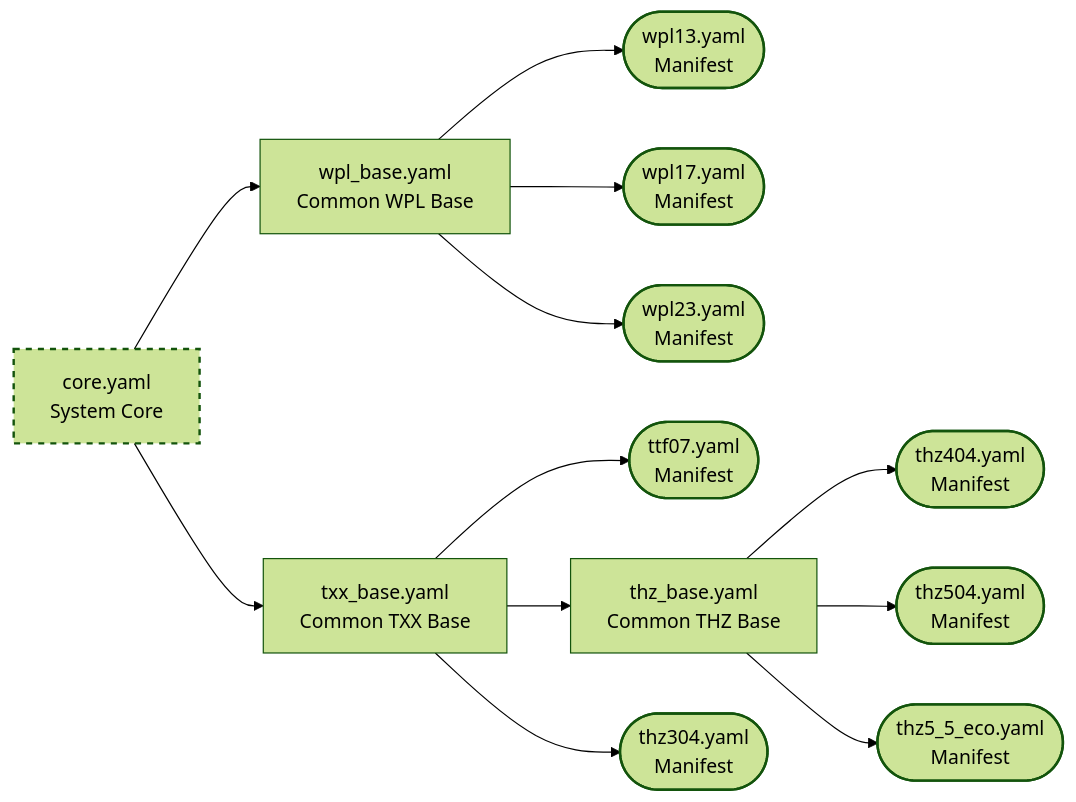
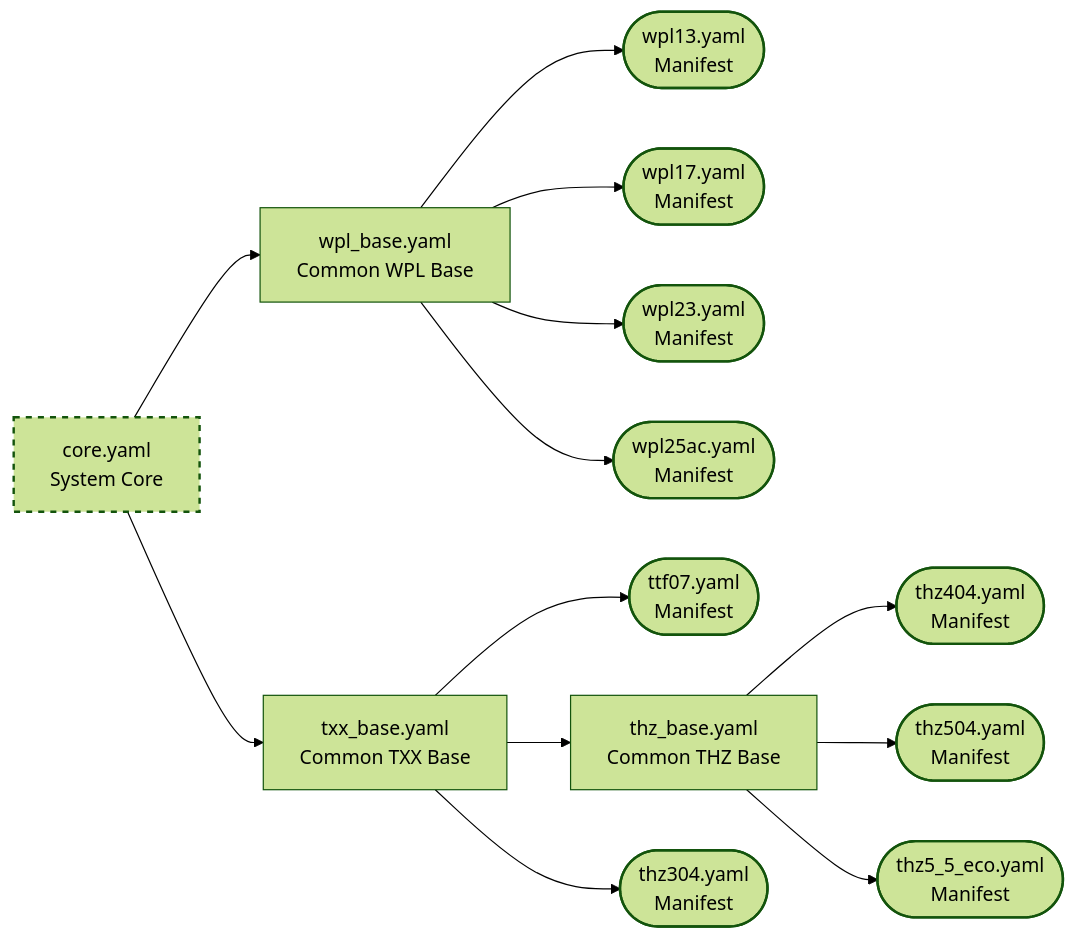
Before and after one commit to kr0ner/OneESP32ToRuleThemAll: the diagram in README.md, drawn with Mermaid (forest theme). The commit also changed 5 other files, not shown here.

```diff
--- a/README.md
+++ b/README.md
@@ -121,27 +121,29 @@
 ~~~mermaid
 flowchart LR
     core[core.yaml<br>System Core] --> wpl_base[wpl_base.yaml<br>Common WPL Base]
     core --> txx[txx_base.yaml<br>Common TXX Base]
 
     wpl_base --> wpl13([wpl13.yaml<br>Manifest])
     wpl_base --> wpl17([wpl17.yaml<br>Manifest])
     wpl_base --> wpl23([wpl23.yaml<br>Manifest])
+    wpl_base --> wpl25ac([wpl25ac.yaml<br>Manifest])
 
     txx --> ttf07([ttf07.yaml<br>Manifest])
     txx --> thz[thz_base.yaml<br>Common THZ Base]
     txx --> thz304([thz304.yaml<br>Manifest])
 
     thz --> thz404([thz404.yaml<br>Manifest])
     thz --> thz504([thz504.yaml<br>Manifest])
     thz --> thz55([thz5_5_eco.yaml<br>Manifest])
 
     style core stroke-width:2px,stroke-dasharray: 5 5
     style wpl13 stroke-width:2px
     style wpl17 stroke-width:2px
     style wpl23 stroke-width:2px
+    style wpl25ac stroke-width:2px
     style ttf07 stroke-width:2px
     style thz304 stroke-width:2px
     style thz404 stroke-width:2px
     style thz504 stroke-width:2px
     style thz55 stroke-width:2px
 ~~~
```
